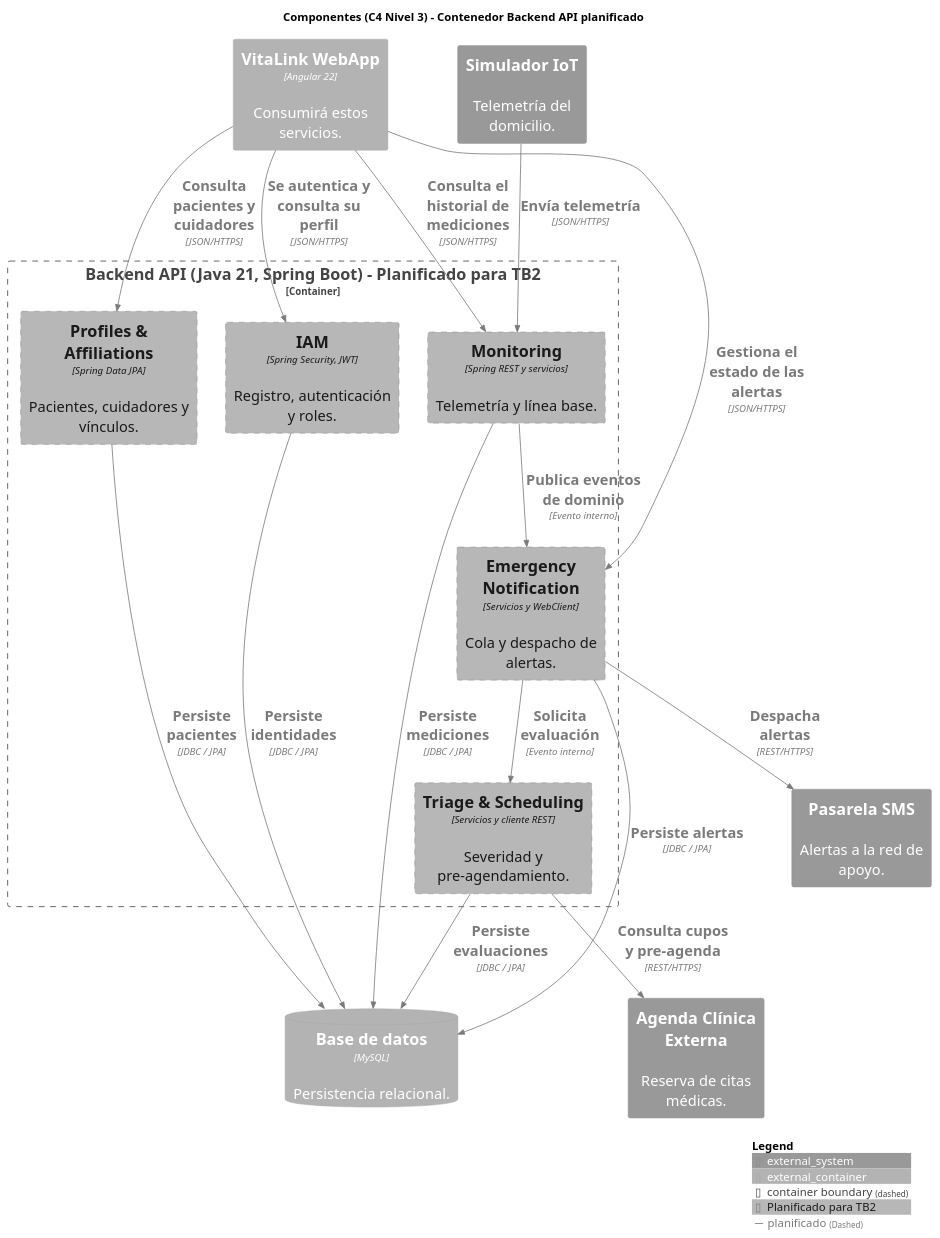
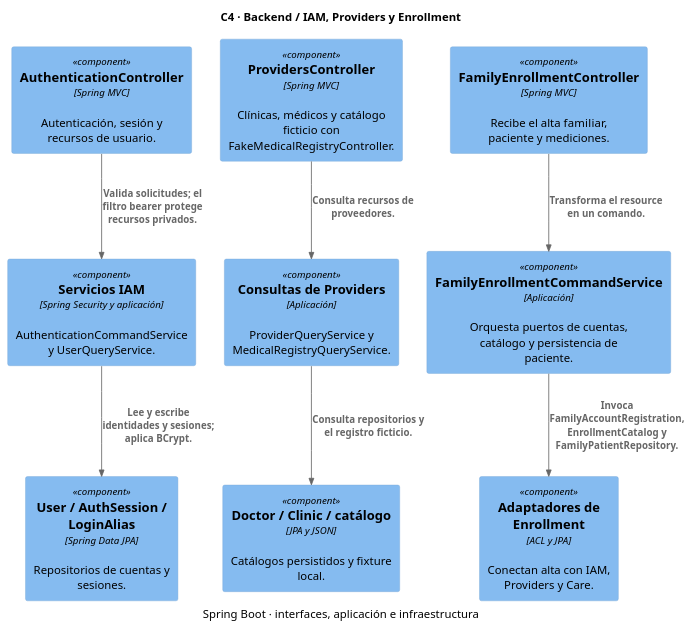
The diagram in assets/diagrams/c4-05-components-backend.puml (CodeBrokers-VitaLink/upc-pre-202620-1asi0729-7737-CodeBrokers-Report), drawn with PlantUML before and after one commit. The commit also changed 21 other files, not shown here.

Commit message:
docs(architecture): update C4 diagrams

```diff
--- a/assets/diagrams/c4-05-components-backend.puml
+++ b/assets/diagrams/c4-05-components-backend.puml
@@ -1,46 +1,21 @@
 @startuml
-' VitaLink - C4 Nivel 3: Componentes del contenedor Backend API
-' Referencia en el informe: 4.6.4 Software Architecture Component Diagrams
-' Estado reflejado: contenedor PLANIFICADO para TB2. Ninguno de estos componentes está
-' desplegado; se mantienen como diseño objetivo porque la API simulada los reemplazará.
-
 !include <C4/C4_Component>
-skinparam defaultFontSize 18
-
-AddElementTag("planificado", $bgColor="#B7B7B7", $fontColor="#1A1A1A", $borderColor="#7A7A7A", $borderStyle=Dashed, $legendText="Planificado para TB2")
-AddRelTag("planificado", $textColor="#7A7A7A", $lineColor="#7A7A7A", $lineStyle=Dashed)
-
-title Componentes (C4 Nivel 3) - Contenedor Backend API planificado
-
-Container_Boundary(api, "Backend API (Java 21, Spring Boot) - Planificado para TB2") {
-
-    Component(iamc, "IAM", "Spring Security, JWT", "Registro, autenticación y roles.", $tags="planificado")
-    Component(monitoring, "Monitoring", "Spring REST y servicios", "Telemetría y línea base.", $tags="planificado")
-    Component(notification, "Emergency Notification", "Servicios y WebClient", "Cola y despacho de alertas.", $tags="planificado")
-    Component(triage, "Triage & Scheduling", "Servicios y cliente REST", "Severidad y pre-agendamiento.", $tags="planificado")
-    Component(profiles, "Profiles & Affiliations", "Spring Data JPA", "Pacientes, cuidadores y vínculos.", $tags="planificado")
-}
-
-ContainerDb_Ext(db, "Base de datos", "MySQL", "Persistencia relacional.")
-Container_Ext(spa, "VitaLink WebApp", "Angular 22", "Consumirá estos servicios.")
-System_Ext(iot, "Simulador IoT", "Telemetría del domicilio.")
-System_Ext(sms, "Pasarela SMS", "Alertas a la red de apoyo.")
-System_Ext(clinic, "Agenda Clínica Externa", "Reserva de citas médicas.")
-
-Rel(spa, iamc, "Se autentica y consulta su perfil", "JSON/HTTPS", $tags="planificado")
-Rel(spa, monitoring, "Consulta el historial de mediciones", "JSON/HTTPS", $tags="planificado")
-Rel(spa, profiles, "Consulta pacientes y cuidadores", "JSON/HTTPS", $tags="planificado")
-Rel(spa, notification, "Gestiona el estado de las alertas", "JSON/HTTPS", $tags="planificado")
-Rel(iot, monitoring, "Envía telemetría", "JSON/HTTPS", $tags="planificado")
-Rel(monitoring, notification, "Publica eventos de dominio", "Evento interno", $tags="planificado")
-Rel(notification, sms, "Despacha alertas", "REST/HTTPS", $tags="planificado")
-Rel(notification, triage, "Solicita evaluación", "Evento interno", $tags="planificado")
-Rel(triage, clinic, "Consulta cupos y pre-agenda", "REST/HTTPS", $tags="planificado")
-Rel(iamc, db, "Persiste identidades", "JDBC / JPA", $tags="planificado")
-Rel(monitoring, db, "Persiste mediciones", "JDBC / JPA", $tags="planificado")
-Rel(notification, db, "Persiste alertas", "JDBC / JPA", $tags="planificado")
-Rel(triage, db, "Persiste evaluaciones", "JDBC / JPA", $tags="planificado")
-Rel(profiles, db, "Persiste pacientes", "JDBC / JPA", $tags="planificado")
-
-SHOW_LEGEND()
+title C4 · Backend / IAM, Providers y Enrollment
+caption Spring Boot · interfaces, aplicación e infraestructura
+skinparam shadowing false
+Component(iam, "AuthenticationController", "Spring MVC", "Autenticación, sesión y recursos de usuario.")
+Component(providers, "ProvidersController", "Spring MVC", "Clínicas, médicos y catálogo ficticio con FakeMedicalRegistryController.")
+Component(enrollment, "FamilyEnrollmentController", "Spring MVC", "Recibe el alta familiar, paciente y mediciones.")
+Component(auth, "Servicios IAM", "Spring Security y aplicación", "AuthenticationCommandService y UserQueryService.")
+Component(catalog, "Consultas de Providers", "Aplicación", "ProviderQueryService y MedicalRegistryQueryService.")
+Component(register, "FamilyEnrollmentCommandService", "Aplicación", "Orquesta puertos de cuentas, catálogo y persistencia de paciente.")
+Component(users, "User / AuthSession / LoginAlias", "Spring Data JPA", "Repositorios de cuentas y sesiones.")
+Component(registry, "Doctor / Clinic / catálogo", "JPA y JSON", "Catálogos persistidos y fixture local.")
+Component(ports, "Adaptadores de Enrollment", "ACL y JPA", "Conectan alta con IAM, Providers y Care.")
+Rel(iam, auth, "Valida solicitudes; el filtro bearer protege recursos privados.")
+Rel(providers, catalog, "Consulta recursos de proveedores.")
+Rel(enrollment, register, "Transforma el resource en un comando.")
+Rel(auth, users, "Lee y escribe identidades y sesiones; aplica BCrypt.")
+Rel(catalog, registry, "Consulta repositorios y el registro ficticio.")
+Rel(register, ports, "Invoca FamilyAccountRegistration, EnrollmentCatalog y FamilyPatientRepository.")
 @enduml
```
